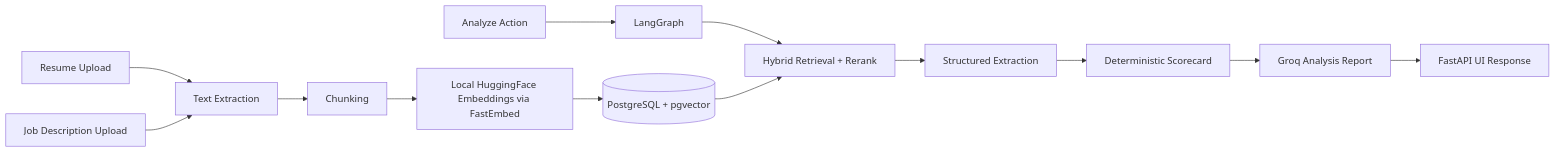
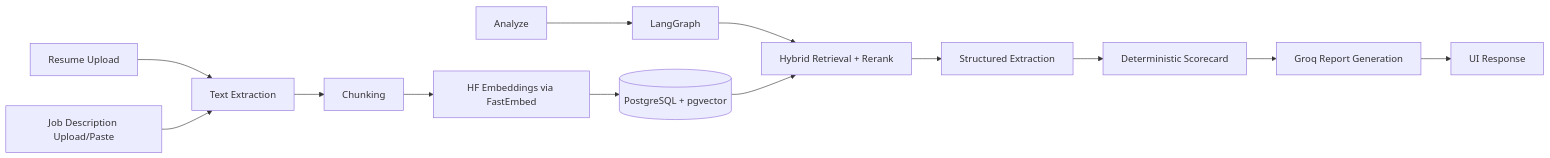
One commit to ujjwalsingh108/career_intelligence_assistant changed the diagram in README.md. Above: the diagram before and after it, drawn with Mermaid. The commit also changed other lines of this file, not shown here.

````diff
--- a/README.md
+++ b/README.md
@@ -37,15 +51,15 @@
 ```mermaid
 flowchart LR
-	A[Resume Upload] --> B[Text Extraction]
-	C[Job Description Upload] --> B
-	B --> D[Chunking]
-	D --> E[Local HuggingFace Embeddings via FastEmbed]
-	E --> F[(PostgreSQL + pgvector)]
-	G[Analyze Action] --> H[LangGraph]
-	H --> I[Hybrid Retrieval + Rerank]
-	F --> I
-	I --> J[Structured Extraction]
-	J --> K[Deterministic Scorecard]
-	K --> L[Groq Analysis Report]
-	L --> M[FastAPI UI Response]
+		A[Resume Upload] --> B[Text Extraction]
+		C[Job Description Upload/Paste] --> B
+		B --> D[Chunking]
+		D --> E[HF Embeddings via FastEmbed]
+		E --> F[(PostgreSQL + pgvector)]
+		G[Analyze] --> H[LangGraph]
+		H --> I[Hybrid Retrieval + Rerank]
+		F --> I
+		I --> J[Structured Extraction]
+		J --> K[Deterministic Scorecard]
+		K --> L[Groq Report Generation]
+		L --> M[UI Response]
 ```
````
